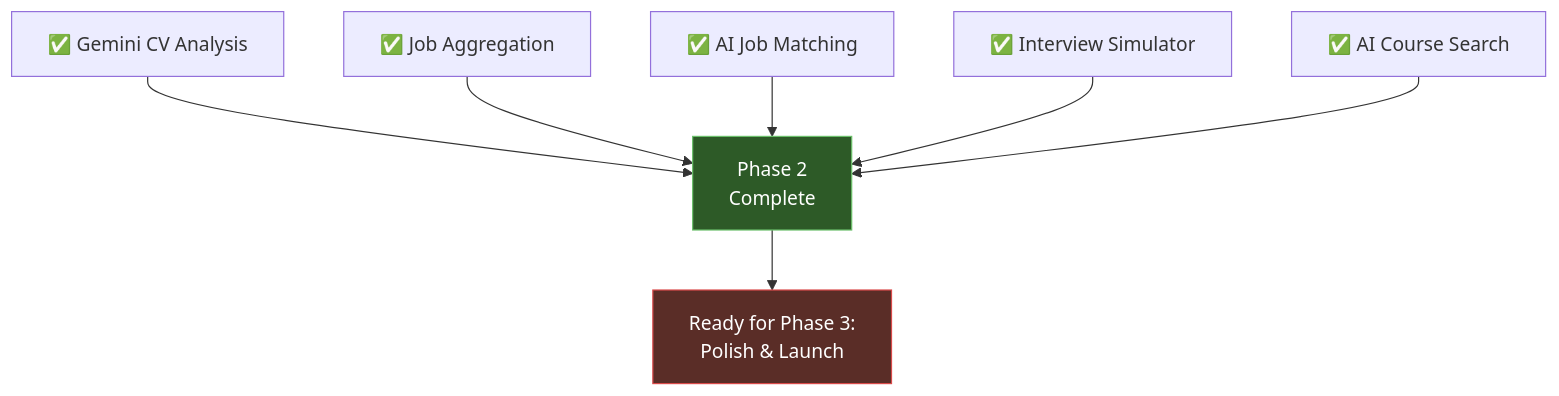
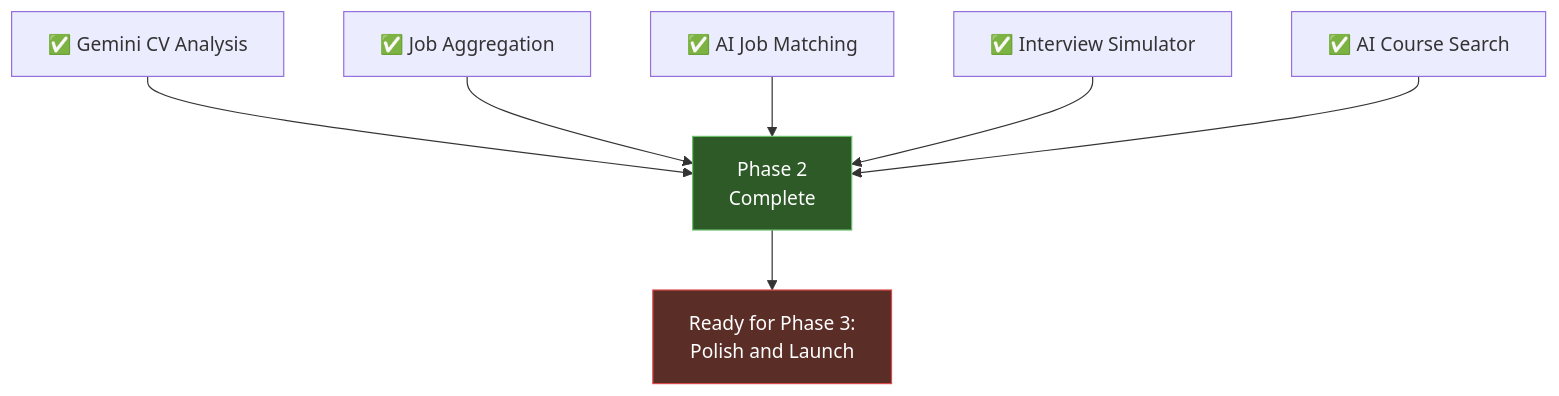
One commit to dyajaballh8/CareerPilot-AI changed the eighth of 10 diagrams in docs/CareerPilot_AI_Plan.md. Above: the diagram before and after it, drawn with Mermaid. The commit also changed other lines of this file and 1 other file, not shown here.

Commit message:
fix(docs): resolve Mermaid syntax errors for GitHub rich rendering

````diff
--- a/docs/CareerPilot_AI_Plan.md
+++ b/docs/CareerPilot_AI_Plan.md
@@ -382,12 +382,12 @@
 ```mermaid
 flowchart TD
-    A["✅ Gemini CV Analysis"] --> F["Phase 2\nComplete"]
+    A["✅ Gemini CV Analysis"] --> F["Phase 2<br/>Complete"]
     B["✅ Job Aggregation"] --> F
     C["✅ AI Job Matching"] --> F
     D["✅ Interview Simulator"] --> F
     E["✅ AI Course Search"] --> F
-    F --> G["Ready for Phase 3:\nPolish & Launch"]
+    F --> G["Ready for Phase 3:<br/>Polish and Launch"]
 
     style F fill:#2d5a27,stroke:#6abf69,color:#fff
     style G fill:#5a2d27,stroke:#d94a4a,color:#fff
 ```
````
